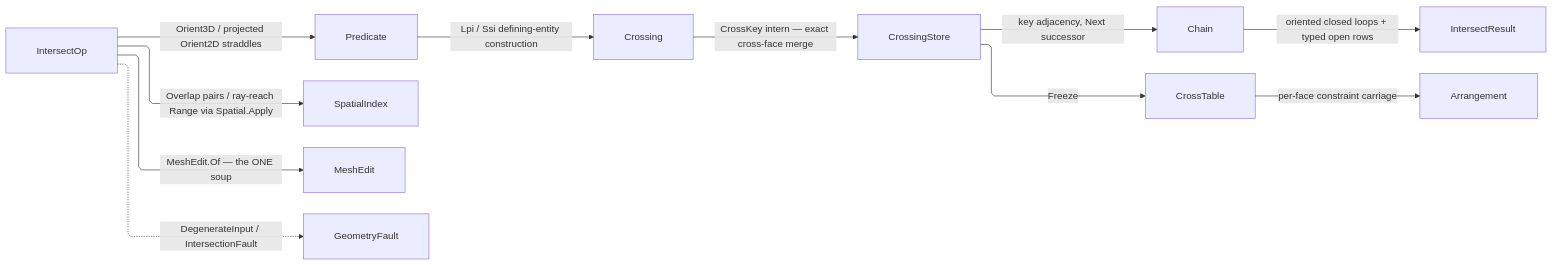
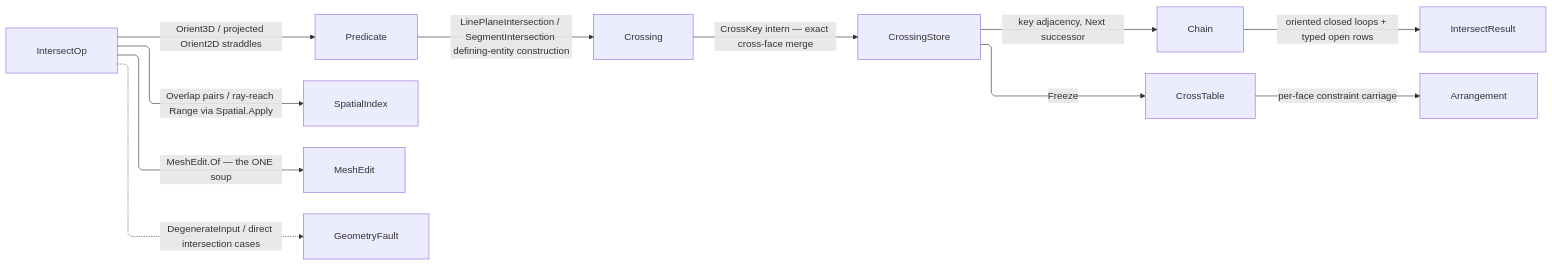
Before and after one commit to bsamiee/Rasm: the diagram in libs/dotnet/Rasm/.planning/Meshing/intersect.md, drawn with Mermaid. The commit also changed other lines of this file and 99 other files, not shown here.

````diff
--- a/libs/dotnet/Rasm/.planning/Meshing/intersect.md
+++ b/libs/dotnet/Rasm/.planning/Meshing/intersect.md
@@ -605,22 +604,22 @@
 ```mermaid
 ---
 config:
   layout: elk
   flowchart:
     curve: linear
     padding: 25
 ---
 flowchart LR
     accTitle: Crossing table flow
     accDescr: Operands flow through the broad phase, exact narrow phase, and key-interned crossing rows into chained loops and open rows.
     IntersectOp -->|Orient3D / projected Orient2D straddles| Predicate
     IntersectOp -->|Overlap pairs / ray-reach Range via Spatial.Apply| SpatialIndex
     IntersectOp -->|MeshEdit.Of — the ONE soup| MeshEdit
-    Predicate -->|Lpi / Ssi defining-entity construction| Crossing
+    Predicate -->|LinePlaneIntersection / SegmentIntersection defining-entity construction| Crossing
     Crossing -->|CrossKey intern — exact cross-face merge| CrossingStore
     CrossingStore -->|key adjacency, Next successor| Chain
     Chain -->|oriented closed loops + typed open rows| IntersectResult
     CrossingStore -->|Freeze| CrossTable
     CrossTable -->|per-face constraint carriage| Arrangement
-    IntersectOp -.->|DegenerateInput / IntersectionFault| GeometryFault
+    IntersectOp -.->|DegenerateInput / direct intersection cases| GeometryFault
 ```
````
